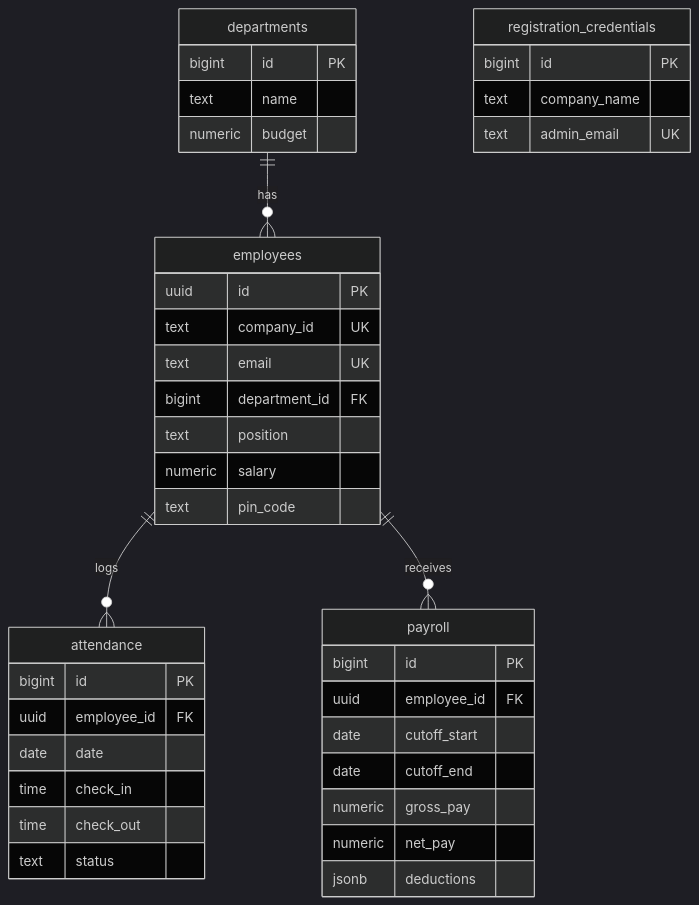
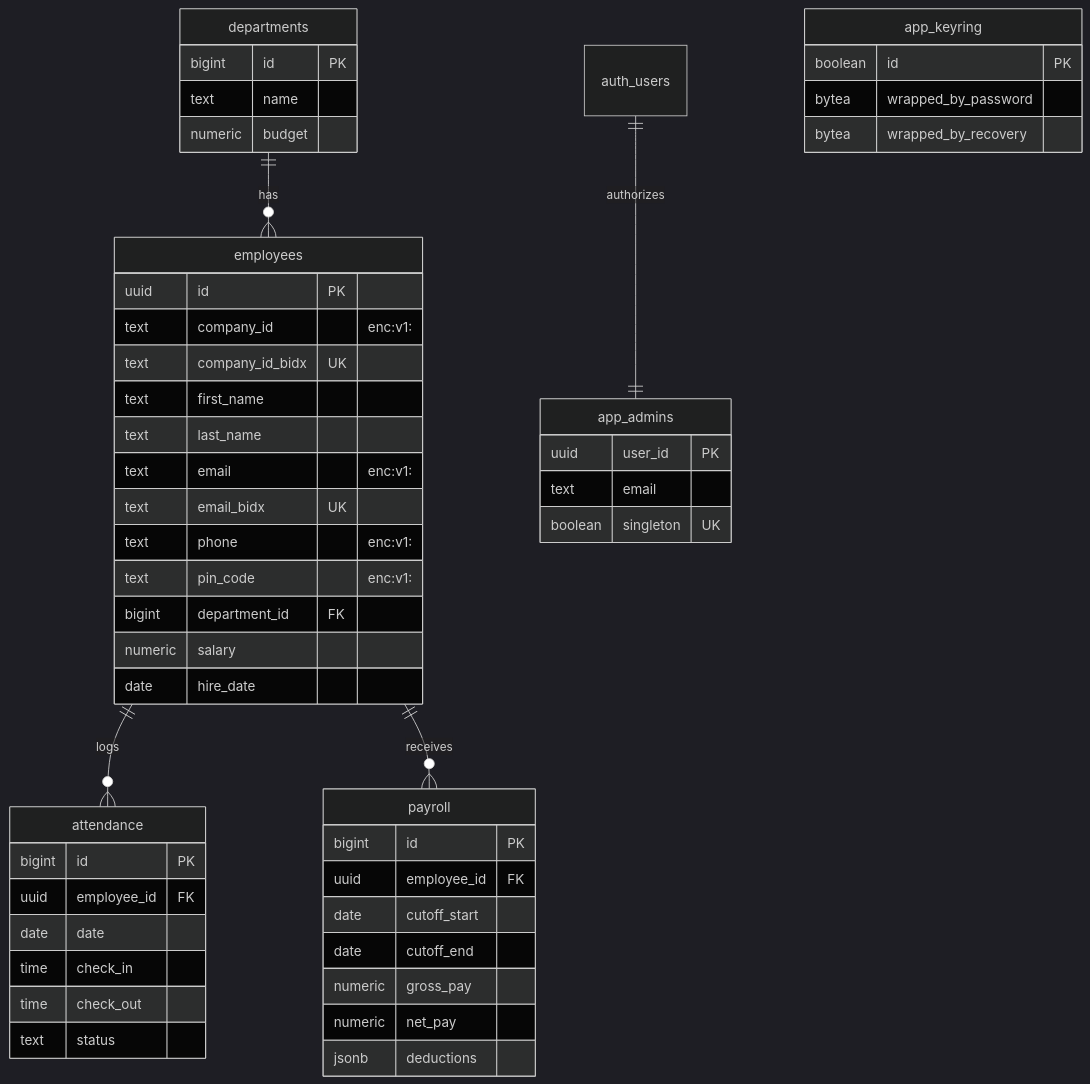
Before and after one commit to carlodandan/admin-pro: the diagram in docs/SUPABASE_SETUP.md, drawn with Mermaid (dark theme). The commit also changed other lines of this file and 9 other files, not shown here.

First line of the commit message:
docs: add architecture and security specs, and modernize Tauri CI/CD workflow

````diff
--- a/docs/SUPABASE_SETUP.md
+++ b/docs/SUPABASE_SETUP.md
@@ -136,42 +226,54 @@
 ```mermaid
 erDiagram
     departments ||--o{ employees : "has"
     employees ||--o{ attendance : "logs"
     employees ||--o{ payroll : "receives"
-    registration_credentials {
-        bigint id PK
-        text company_name
-        text admin_email UK
-    }
+    auth_users ||--|| app_admins : "authorizes"
+
     departments {
         bigint id PK
         text name
         numeric budget
     }
     employees {
         uuid id PK
-        text company_id UK
-        text email UK
+        text company_id "enc:v1:"
+        text company_id_bidx UK
+        text first_name
+        text last_name
+        text email "enc:v1:"
+        text email_bidx UK
+        text phone "enc:v1:"
+        text pin_code "enc:v1:"
         bigint department_id FK
-        text position
         numeric salary
-        text pin_code
+        date hire_date
     }
     attendance {
         bigint id PK
         uuid employee_id FK
         date date
         time check_in
         time check_out
         text status
     }
     payroll {
         bigint id PK
         uuid employee_id FK
         date cutoff_start
         date cutoff_end
         numeric gross_pay
         numeric net_pay
         jsonb deductions
     }
+    app_admins {
+        uuid user_id PK
+        text email
+        boolean singleton UK
+    }
+    app_keyring {
+        boolean id PK
+        bytea wrapped_by_password
+        bytea wrapped_by_recovery
+    }
 ```
````
